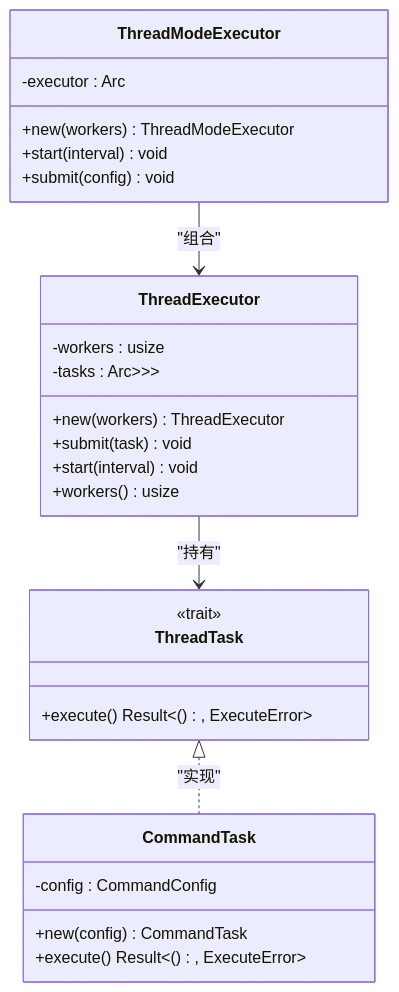
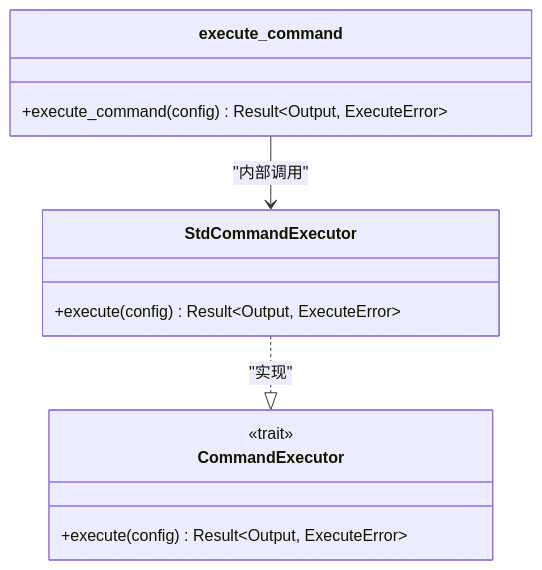
The sixth of 8 diagrams in .qoder/repowiki/zh/content/执行模式详解/执行模式详解.md (xcry2006/execute), drawn with Mermaid before and after one commit. The commit also changed other lines of this file and 9 other files, not shown here.

````diff
--- a/.qoder/repowiki/zh/content/执行模式详解/执行模式详解.md
+++ b/.qoder/repowiki/zh/content/执行模式详解/执行模式详解.md
@@ -237,29 +330,15 @@
 ```mermaid
 classDiagram
-class ThreadTask {
+class CommandExecutor {
 <<trait>>
-+execute() Result<(), ExecuteError>
++execute(config) Result~Output, ExecuteError~
 }
-class ThreadExecutor {
--workers : usize
--tasks : Arc<Mutex<Vec<Box<dyn ThreadTask>>>>
-+new(workers) ThreadExecutor
-+submit(task) void
-+start(interval) void
-+workers() usize
+class StdCommandExecutor {
++execute(config) Result~Output, ExecuteError~
 }
-class CommandTask {
--config : CommandConfig
-+new(config) CommandTask
-+execute() Result<(), ExecuteError>
+class execute_command {
++execute_command(config) Result~Output, ExecuteError~
 }
-class ThreadModeExecutor {
--executor : Arc<ThreadExecutor>
-+new(workers) ThreadModeExecutor
-+start(interval) void
-+submit(config) void
-}
-ThreadTask <|.. CommandTask : "实现"
-ThreadModeExecutor --> ThreadExecutor : "组合"
-ThreadExecutor --> ThreadTask : "持有"
+StdCommandExecutor ..|> CommandExecutor : "实现"
+execute_command --> StdCommandExecutor : "内部调用"
 ```
````
